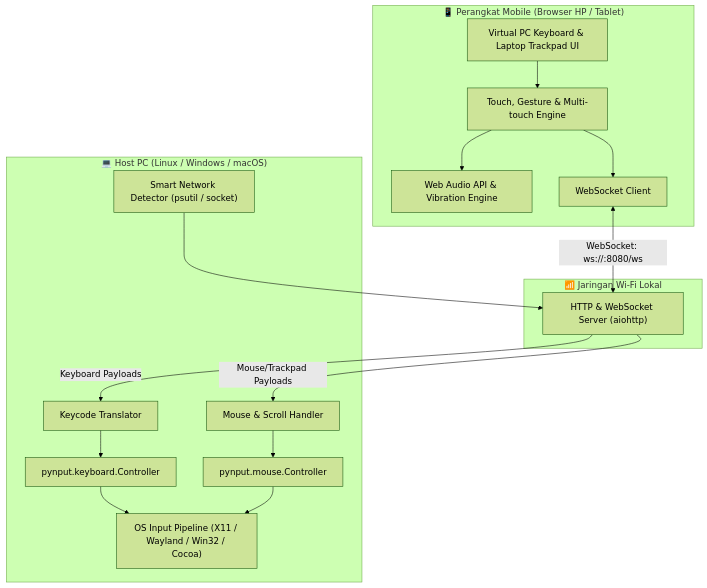
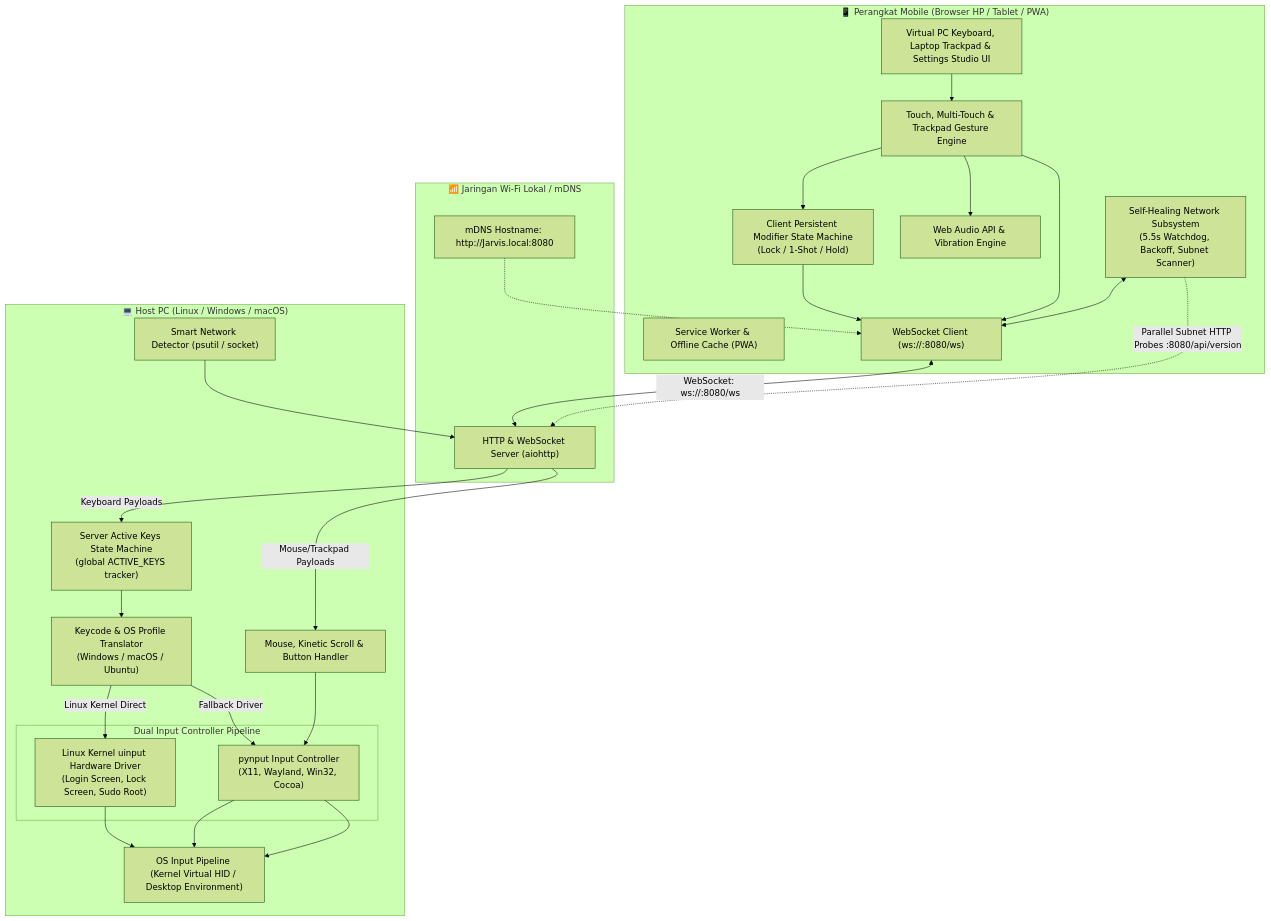
One commit to ninozoelfikar/DigiSmartDeck changed the diagram in docs/ARCHITECTURE.md. Above: the diagram before and after it, drawn with Mermaid (forest theme). The commit also changed other lines of this file and 3 other files, not shown here.

Commit message:
docs: perbarui arsitektur, changelog, roadmap, dan README untuk v1.16.0

````diff
--- a/docs/ARCHITECTURE.md
+++ b/docs/ARCHITECTURE.md
@@ -13,31 +13,47 @@
 ```mermaid
 flowchart TD
-    subgraph MobileDevice["📱 Perangkat Mobile (Browser HP / Tablet)"]
-        UI["Virtual PC Keyboard & Laptop Trackpad UI"]
-        TouchLogic["Touch, Gesture & Multi-touch Engine"]
+    subgraph MobileDevice["📱 Perangkat Mobile (Browser HP / Tablet / PWA)"]
+        UI["Virtual PC Keyboard, Laptop Trackpad & Settings Studio UI"]
+        TouchLogic["Touch, Multi-Touch & Trackpad Gesture Engine"]
+        ModState["Client Persistent Modifier State Machine\n(Lock / 1-Shot / Hold)"]
         AudioHaptic["Web Audio API & Vibration Engine"]
-        WSClient["WebSocket Client"]
+        NetWatchdog["Self-Healing Network Subsystem\n(5.5s Watchdog, Backoff, Subnet Scanner)"]
+        PWA["Service Worker & Offline Cache (PWA)"]
+        WSClient["WebSocket Client (ws://<PC_IP>:8080/ws)"]
         
         UI --> TouchLogic
+        TouchLogic --> ModState
         TouchLogic --> AudioHaptic
+        ModState --> WSClient
         TouchLogic --> WSClient
+        NetWatchdog <--> WSClient
     end
 
-    subgraph LocalNetwork["📶 Jaringan Wi-Fi Lokal"]
+    subgraph LocalNetwork["📶 Jaringan Wi-Fi Lokal / mDNS"]
         WSClient <-->|WebSocket: ws://<PC_IP>:8080/ws| WSServer
+        NetWatchdog -.->|Parallel Subnet HTTP Probes :8080/api/version| WSServer
+        mDNS["mDNS Hostname: http://Jarvis.local:8080"] -.-> WSClient
     end
 
     subgraph HostPC["💻 Host PC (Linux / Windows / macOS)"]
         WSServer["HTTP & WebSocket Server (aiohttp)"]
         IPEngine["Smart Network Detector (psutil / socket)"]
-        KeyTranslator["Keycode Translator"]
-        MouseHandler["Mouse & Scroll Handler"]
-        PynputKB["pynput.keyboard.Controller"]
-        PynputMouse["pynput.mouse.Controller"]
-        OSInput["OS Input Pipeline (X11 / Wayland / Win32 / Cocoa)"]
+        ServerActiveKeys["Server Active Keys State Machine\n(global ACTIVE_KEYS tracker)"]
+        KeyTranslator["Keycode & OS Profile Translator\n(Windows / macOS / Ubuntu)"]
+        MouseHandler["Mouse, Kinetic Scroll & Button Handler"]
+        
+        subgraph DualInputController["Dual Input Controller Pipeline"]
+            UinputDriver["Linux Kernel uinput Hardware Driver\n(Login Screen, Lock Screen, Sudo Root)"]
+            PynputFallback["pynput Input Controller\n(X11, Wayland, Win32, Cocoa)"]
+        end
+        
+        OSInput["OS Input Pipeline (Kernel Virtual HID / Desktop Environment)"]
 
         IPEngine --> WSServer
-        WSServer -->|Keyboard Payloads| KeyTranslator --> PynputKB --> OSInput
-        WSServer -->|Mouse/Trackpad Payloads| MouseHandler --> PynputMouse --> OSInput
+        WSServer -->|Keyboard Payloads| ServerActiveKeys
+        ServerActiveKeys --> KeyTranslator
+        KeyTranslator -->|Linux Kernel Direct| UinputDriver --> OSInput
+        KeyTranslator -->|Fallback Driver| PynputFallback --> OSInput
+        WSServer -->|Mouse/Trackpad Payloads| MouseHandler --> PynputFallback --> OSInput
     end
 ```
````
